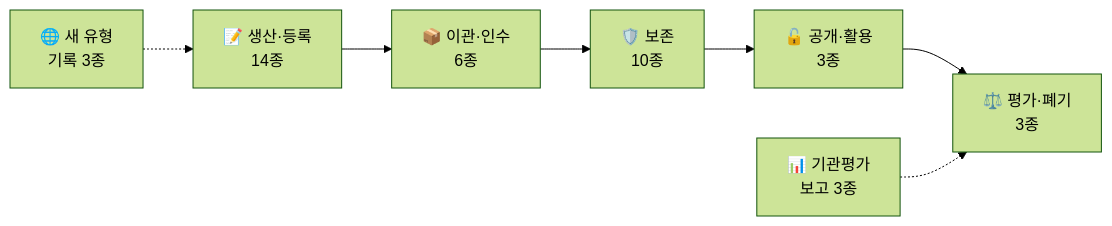
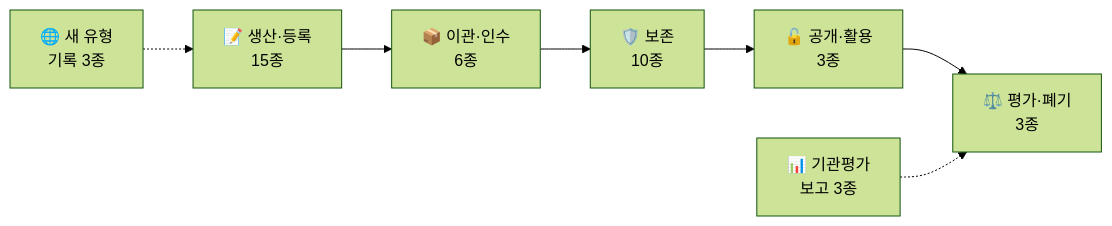
The first of 2 diagrams in README.md (changgi/archive-bm-tools), drawn with Mermaid (forest theme) before and after one commit. The commit also changed other lines of this file and 13 other files, not shown here.

````diff
--- a/README.md
+++ b/README.md
@@ -83,9 +88,9 @@
 ```mermaid
 flowchart LR
-    A["📝 생산·등록<br/>14종"] --> B["📦 이관·인수<br/>6종"]
+    A["📝 생산·등록<br/>15종"] --> B["📦 이관·인수<br/>6종"]
     B --> C["🛡️ 보존<br/>10종"]
     C --> D["🔓 공개·활용<br/>3종"]
     D --> E["⚖️ 평가·폐기<br/>3종"]
     N["🌐 새 유형<br/>기록 3종"] -.-> A
     R["📊 기관평가<br/>보고 3종"] -.-> E
 ```
````
